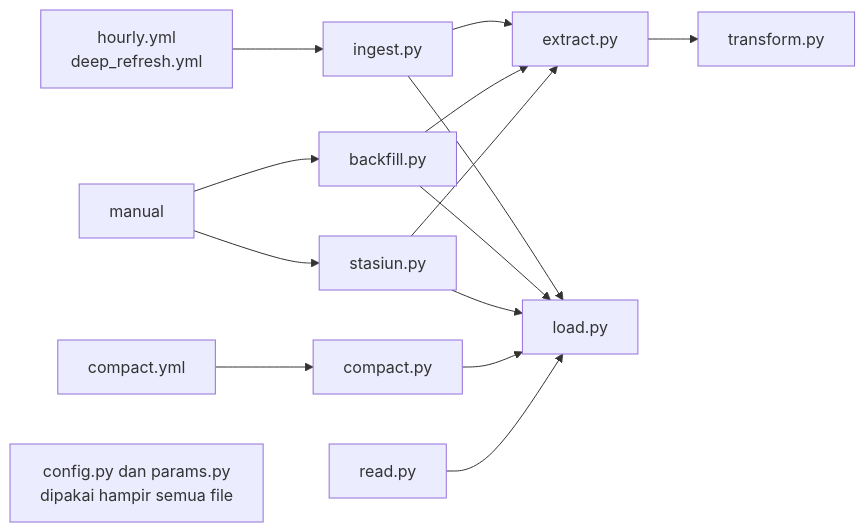
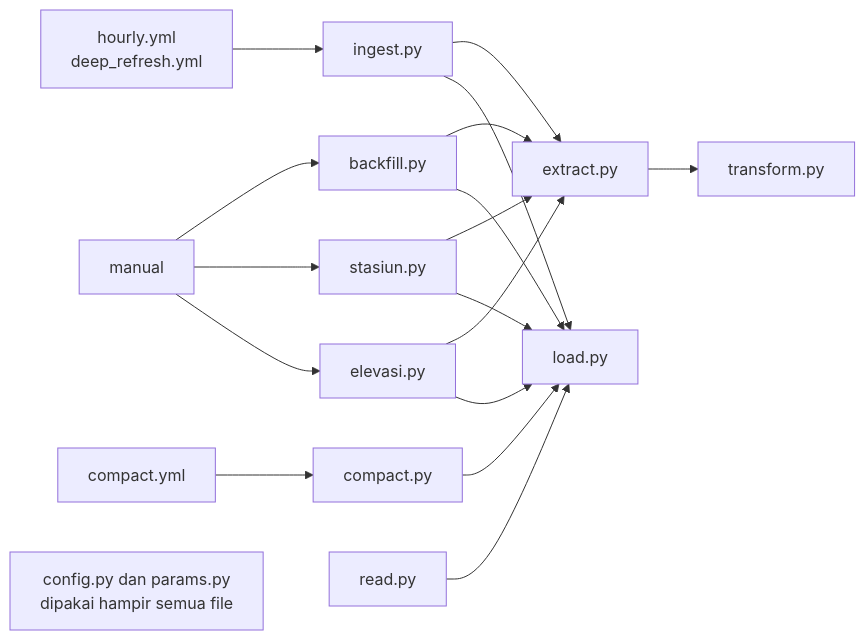
The third of 3 diagrams in etl/README.md (bistiana29/weather-app), drawn with Mermaid before and after one commit. The commit also changed other lines of this file and 9 other files, not shown here.

````diff
--- a/etl/README.md
+++ b/etl/README.md
@@ -51,12 +52,13 @@
 ```mermaid
 flowchart LR
     WH["hourly.yml<br/>deep_refresh.yml"] --> ING["ingest.py"]
     MAN["manual"] --> BF["backfill.py"]
     MAN --> ST["stasiun.py"]
+    MAN --> EL["elevasi.py"]
     WC["compact.yml"] --> CP["compact.py"]
-    ING & BF & ST --> E["extract.py"]
+    ING & BF & ST & EL --> E["extract.py"]
     E --> T["transform.py"]
-    ING & BF & ST & CP --> L["load.py"]
+    ING & BF & ST & CP & EL --> L["load.py"]
     RD["read.py"] --> L
     PEND["config.py dan params.py<br/>dipakai hampir semua file"]
 ```
````
